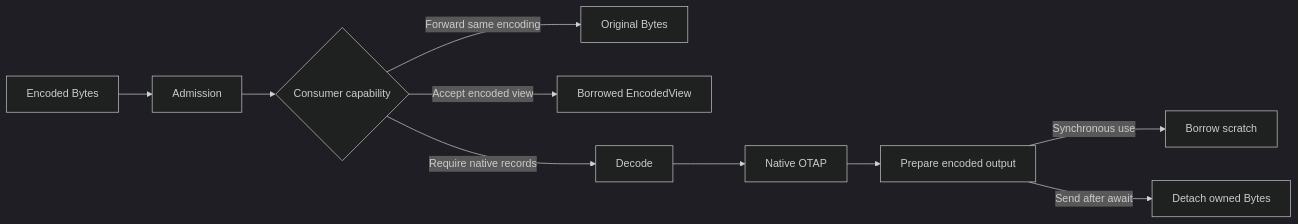
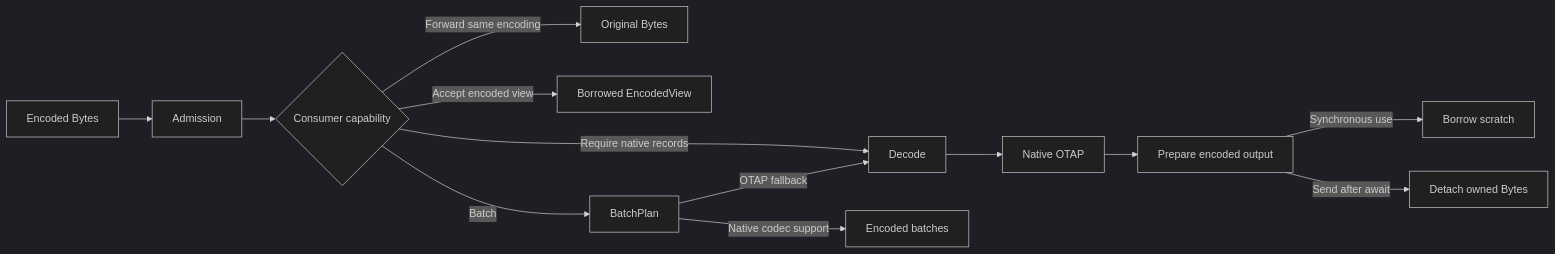
The second of 2 diagrams in rust/otap-dataflow/crates/pdata-codec/README.md (lquerel/otel-arrow), drawn with Mermaid (dark theme) before and after one commit. The commit also changed other lines of this file and 13 other files, not shown here.

````diff
--- a/rust/otap-dataflow/crates/pdata-codec/README.md
+++ b/rust/otap-dataflow/crates/pdata-codec/README.md
@@ -94,12 +97,15 @@
 ```mermaid
 flowchart LR
     bytes["Encoded Bytes"] --> admit["Admission"]
     admit --> need{"Consumer capability"}
     need -->|"Forward same encoding"| forward["Original Bytes"]
     need -->|"Accept encoded view"| view["Borrowed EncodedView"]
     need -->|"Require native records"| decode["Decode"]
+    need -->|"Batch"| plan["BatchPlan"]
+    plan -->|"Native codec support"| batches["Encoded batches"]
+    plan -->|"OTAP fallback"| decode
     decode --> otap["Native OTAP"]
     otap --> encode["Prepare encoded output"]
     encode -->|"Synchronous use"| scratch["Borrow scratch"]
     encode -->|"Send after await"| detach["Detach owned Bytes"]
 ```
````
